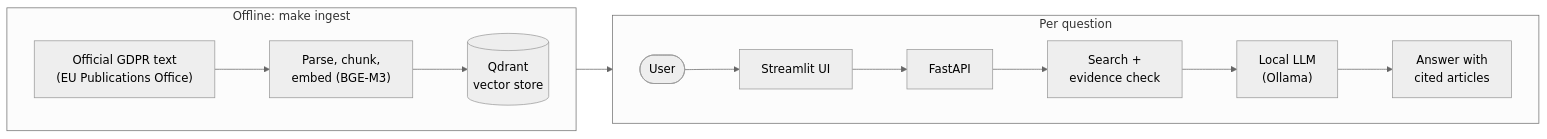
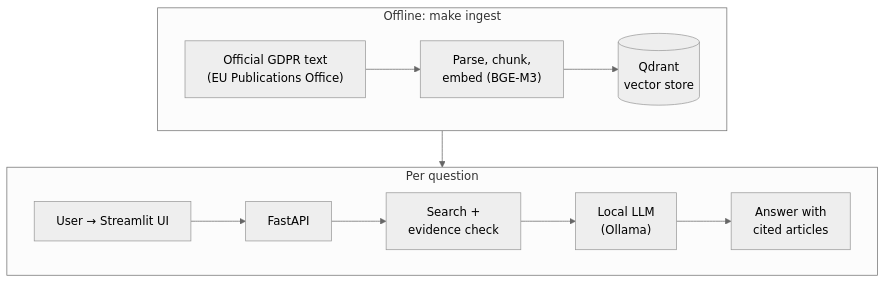
Before and after one commit to asmaelhadj/EuroLex-RAG: the first of 3 diagrams in README.md, drawn with Mermaid (neutral theme).

Commit message:
Stack the overview diagram rows

````diff
--- a/README.md
+++ b/README.md
@@ -42,12 +42,12 @@
 ```mermaid
-flowchart LR
+flowchart TB
     subgraph OFF["Offline: make ingest"]
         direction LR
         DOC["Official GDPR text<br/>(EU Publications Office)"] --> ING["Parse, chunk,<br/>embed (BGE-M3)"] --> QD[("Qdrant<br/>vector store")]
     end
     subgraph ON["Per question"]
         direction LR
-        USER(["User"]) --> UI["Streamlit UI"] --> API["FastAPI"] --> SE["Search +<br/>evidence check"] --> LLM["Local LLM<br/>(Ollama)"] --> RESP["Answer with<br/>cited articles"]
+        UI["User → Streamlit UI"] --> API["FastAPI"] --> SE["Search +<br/>evidence check"] --> LLM["Local LLM<br/>(Ollama)"] --> RESP["Answer with<br/>cited articles"]
     end
     QD --> SE
 ```
````
